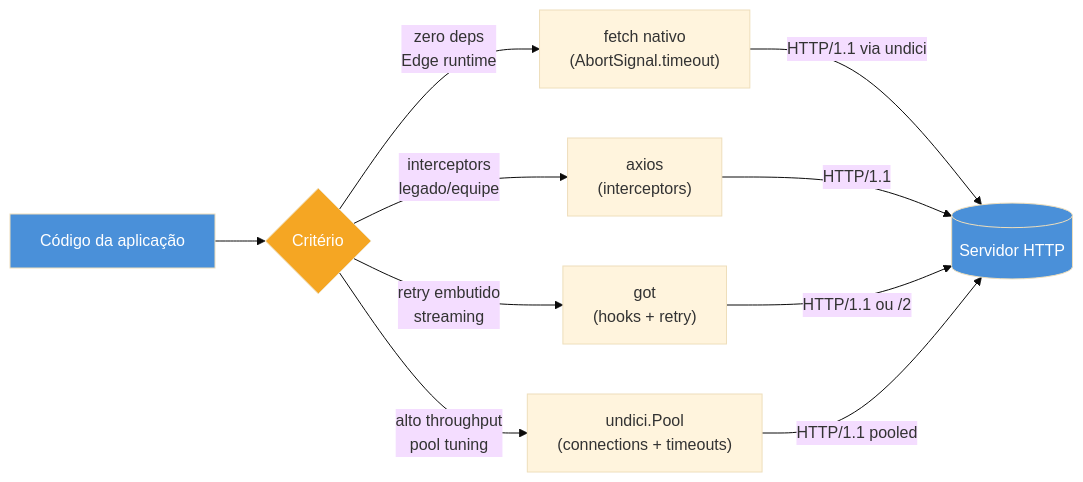
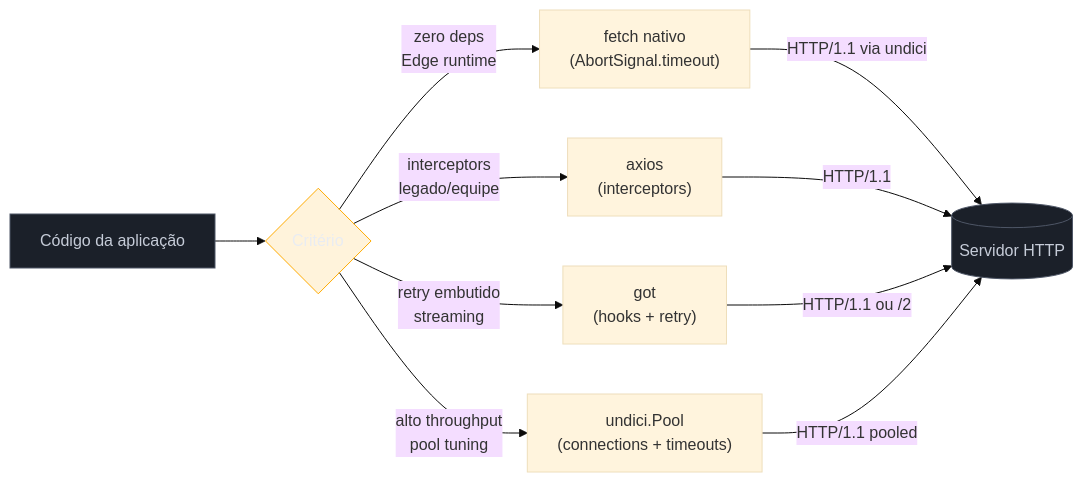
The diagram in 03-Dominios/Tecnologia/Node/Integrações/08 - Clientes HTTP - fetch, axios, got e undici.md (josenaldo/codex-technomanticus), drawn with Mermaid (base theme) before and after one commit. The commit also changed 1181 other files, not shown here.

First line of the commit message:
fix(diagramas): paleta do sistema no lugar de cor cravada no markdown

````diff
--- a/03-Dominios/Tecnologia/Node/Integrações/08 - Clientes HTTP - fetch, axios, got e undici.md
+++ b/03-Dominios/Tecnologia/Node/Integrações/08 - Clientes HTTP - fetch, axios, got e undici.md
@@ -84,18 +84,20 @@
 ```mermaid
 flowchart LR
+    classDef neutro fill:#1B2029,stroke:#4E5666,color:#C6CCD8
+    classDef destaque fill:#FFAA0024,stroke:#FFAA00,color:#E9ECF2
     APP["Código da aplicação"] --> DEC{Critério}
 
     DEC -->|"zero deps\nEdge runtime"| FE["fetch nativo\n(AbortSignal.timeout)"]
     DEC -->|"interceptors\nlegado/equipe"| AX["axios\n(interceptors)"]
     DEC -->|"retry embutido\nstreaming"| GO["got\n(hooks + retry)"]
     DEC -->|"alto throughput\npool tuning"| UN["undici.Pool\n(connections + timeouts)"]
 
     FE -->|"HTTP/1.1 via undici"| SV[("Servidor HTTP")]
     AX -->|"HTTP/1.1"| SV
     GO -->|"HTTP/1.1 ou /2"| SV
     UN -->|"HTTP/1.1 pooled"| SV
 
-    style APP fill:#4A90D9,color:#fff
-    style DEC fill:#F5A623,color:#fff
-    style SV fill:#4A90D9,color:#fff
+    class APP neutro
+    class DEC destaque
+    class SV neutro
 ```
````
